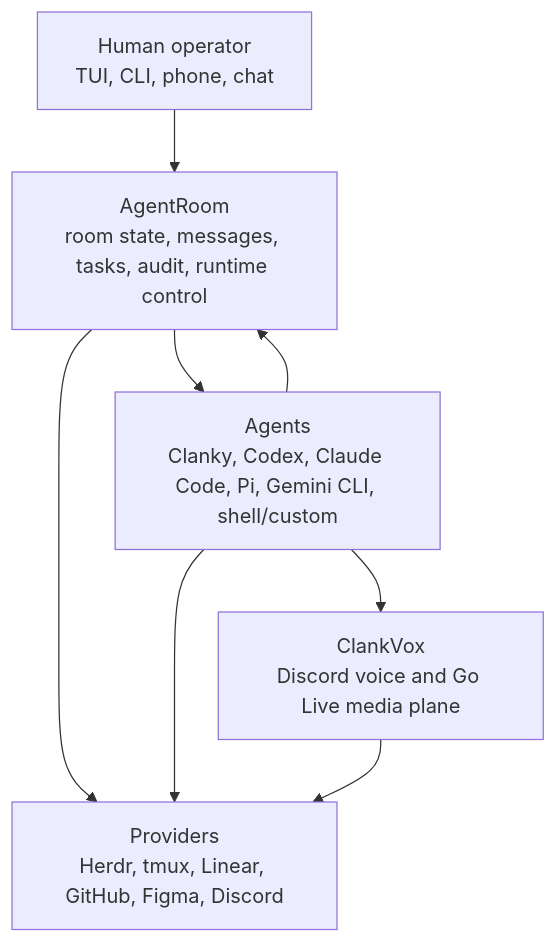
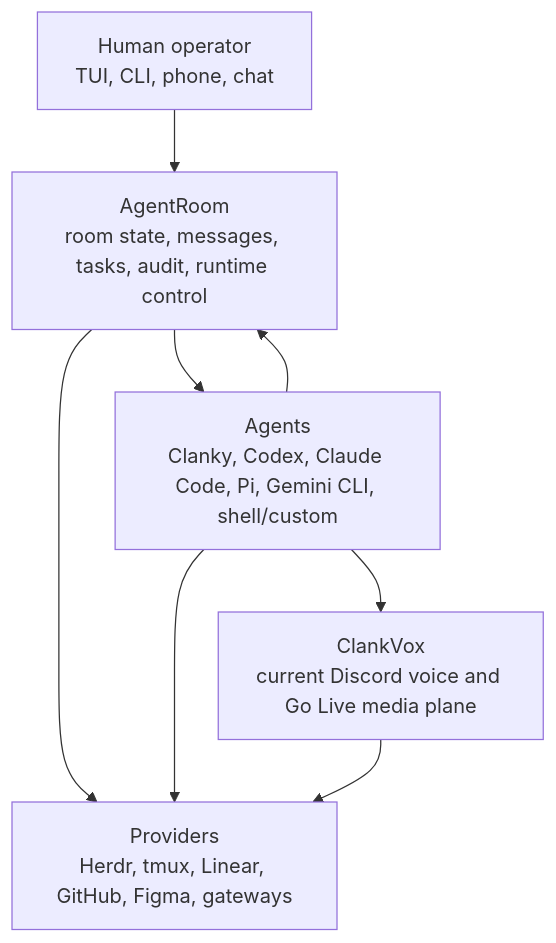
One commit to Volpestyle/agent-room changed the first of 3 diagrams in docs/ECOSYSTEM.md. Above: the diagram before and after it, drawn with Mermaid. The commit also changed other lines of this file and 15 other files, not shown here.

````diff
--- a/docs/ECOSYSTEM.md
+++ b/docs/ECOSYSTEM.md
@@ -73,16 +75,16 @@
 ```mermaid
 flowchart TB
   user["Human operator<br/>TUI, CLI, phone, chat"]
   room["AgentRoom<br/>room state, messages, tasks, audit, runtime control"]
   agents["Agents<br/>Clanky, Codex, Claude Code, Pi, Gemini CLI, shell/custom"]
-  providers["Providers<br/>Herdr, tmux, Linear, GitHub, Figma, Discord"]
-  media["ClankVox<br/>Discord voice and Go Live media plane"]
+  providers["Providers<br/>Herdr, tmux, Linear, GitHub, Figma, gateways"]
+  media["ClankVox<br/>current Discord voice and Go Live media plane"]
 
   user --> room
   room --> agents
   agents --> room
   room --> providers
   agents --> providers
   agents --> media
   media --> providers
 ```
````
